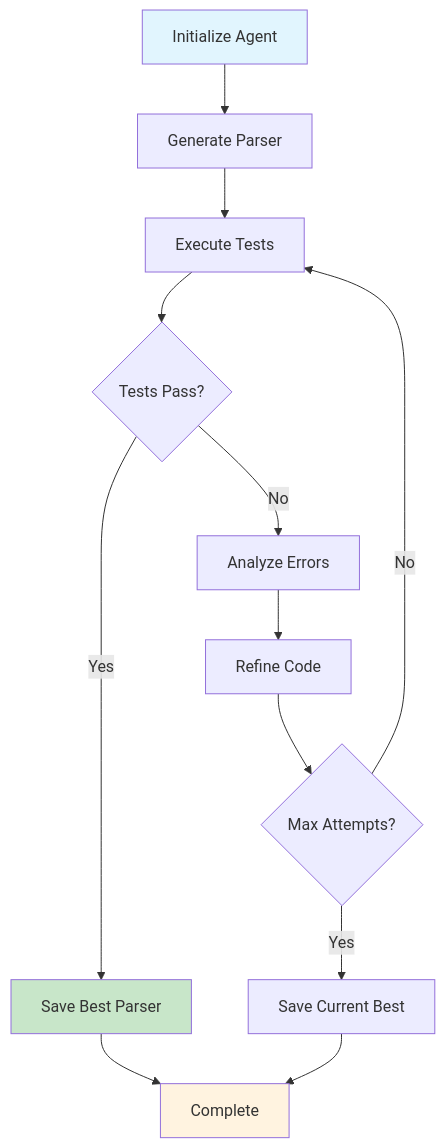
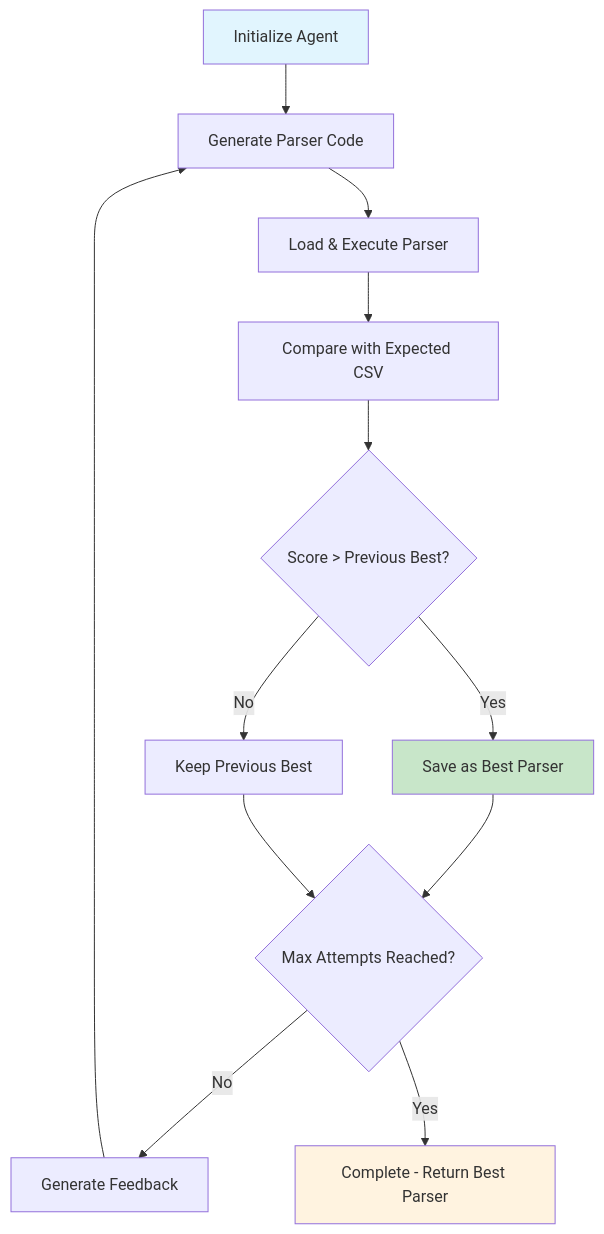
Before and after one commit to d-kavinraja/ai-agent-challenge: the diagram in README.md, drawn with Mermaid. The commit also changed other lines of this file and 2 other files, not shown here.

````diff
--- a/README.md
+++ b/README.md
@@ -40,18 +39,18 @@
 ```mermaid
 graph TD
-    A[Initialize Agent] --> B[Generate Parser]
-    B --> C[Execute Tests]
-    C --> D{Tests Pass?}
-    D -->|Yes| E[Save Best Parser]
-    D -->|No| F[Analyze Errors]
-    F --> G[Refine Code]
-    G --> H{Max Attempts?}
-    H -->|No| C
-    H -->|Yes| I[Save Current Best]
-    E --> J[Complete]
-    I --> J
+    A[Initialize Agent] --> B[Generate Parser Code]
+    B --> C[Load & Execute Parser]
+    C --> D[Compare with Expected CSV]
+    D --> E{Score > Previous Best?}
+    E -->|Yes| F[Save as Best Parser]
+    E -->|No| G[Keep Previous Best]
+    F --> H{Max Attempts Reached?}
+    G --> H
+    H -->|No| I[Generate Feedback]
+    H -->|Yes| J[Complete - Return Best Parser]
+    I --> B
     
     style A fill:#e1f5fe
-    style E fill:#c8e6c9
+    style F fill:#c8e6c9
     style J fill:#fff3e0
 ```
````
